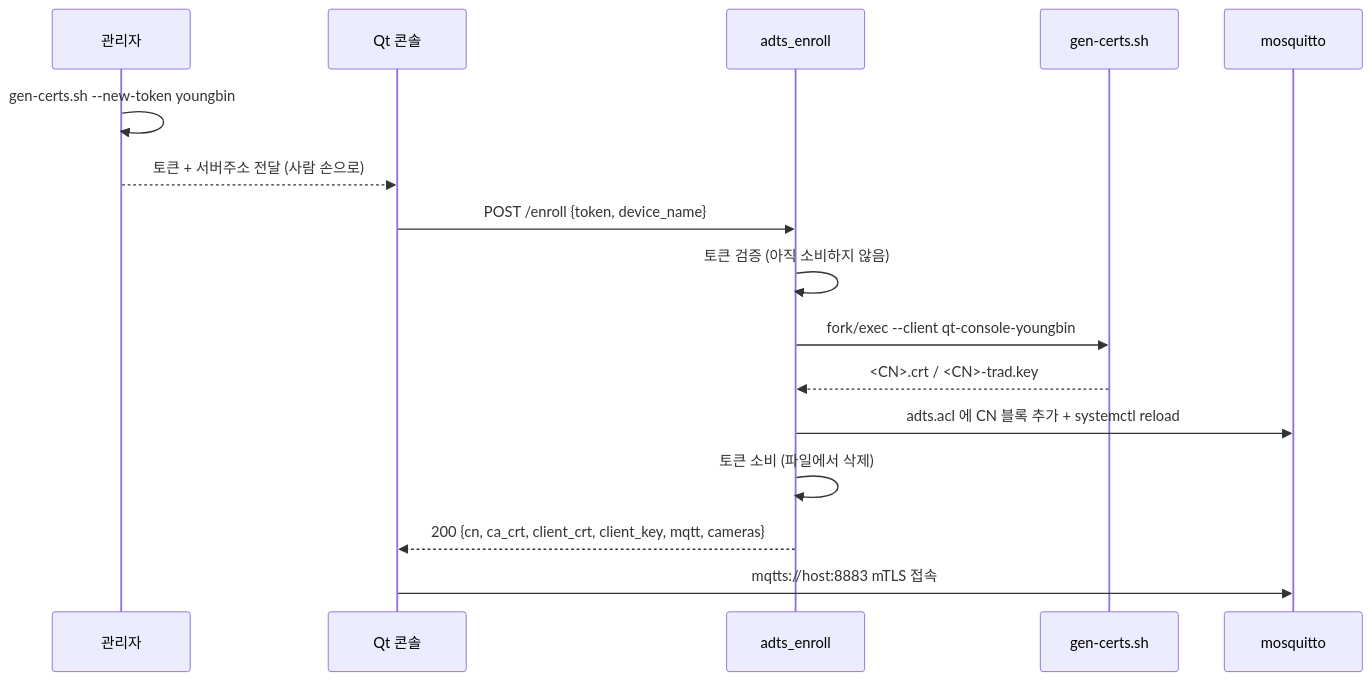
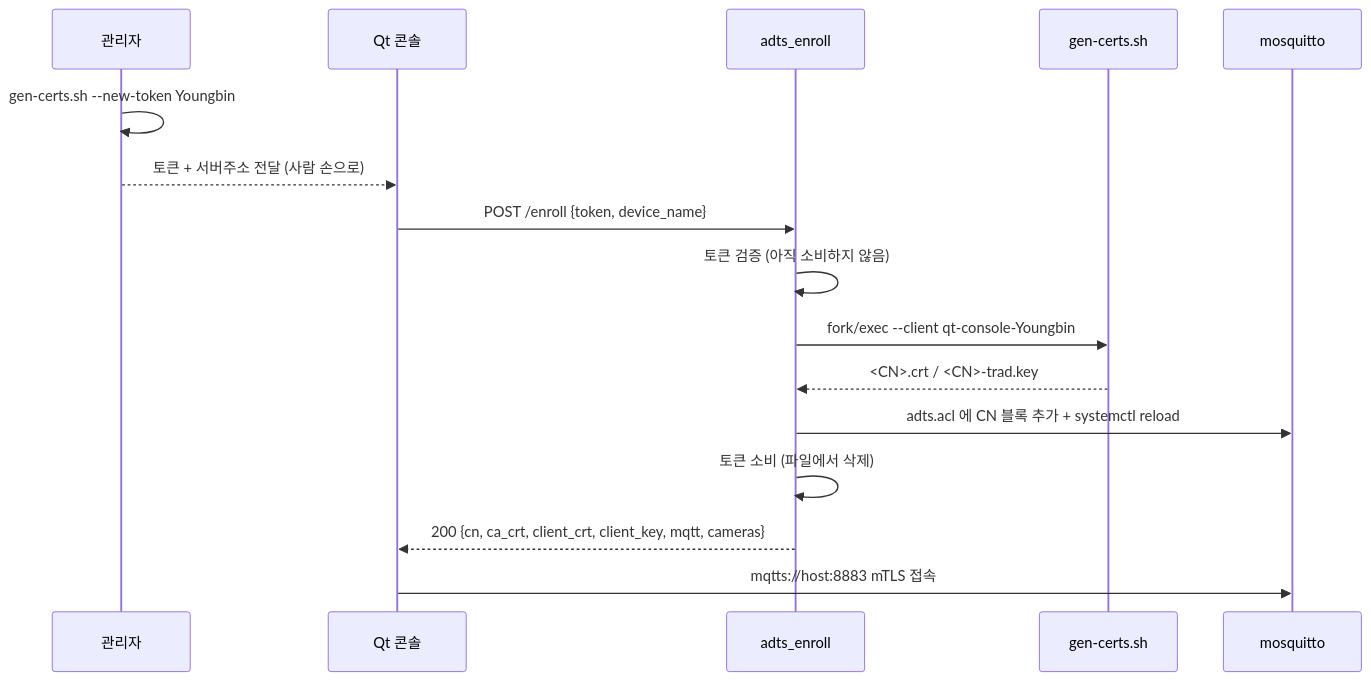
One commit to VEDA-4th-Oppenheimer/docs changed the diagram in components/rpi/broker-enroll.md. Above: the diagram before and after it, drawn with Mermaid. The commit also changed other lines of this file and 2 other files, not shown here.

````diff
--- a/components/rpi/broker-enroll.md
+++ b/components/rpi/broker-enroll.md
@@ -46,19 +46,19 @@
 ```mermaid
 sequenceDiagram
     participant A as 관리자
     participant Q as Qt 콘솔
     participant E as adts_enroll
     participant G as gen-certs.sh
     participant M as mosquitto
 
-    A->>A: gen-certs.sh --new-token youngbin
+    A->>A: gen-certs.sh --new-token Youngbin
     A-->>Q: 토큰 + 서버주소 전달 (사람 손으로)
     Q->>E: POST /enroll {token, device_name}
     E->>E: 토큰 검증 (아직 소비하지 않음)
-    E->>G: fork/exec --client qt-console-youngbin
+    E->>G: fork/exec --client qt-console-Youngbin
     G-->>E: <CN>.crt / <CN>-trad.key
     E->>M: adts.acl 에 CN 블록 추가 + systemctl reload
     E->>E: 토큰 소비 (파일에서 삭제)
     E-->>Q: 200 {cn, ca_crt, client_crt, client_key, mqtt, cameras}
     Q->>M: mqtts://host:8883 mTLS 접속
 ```
````
